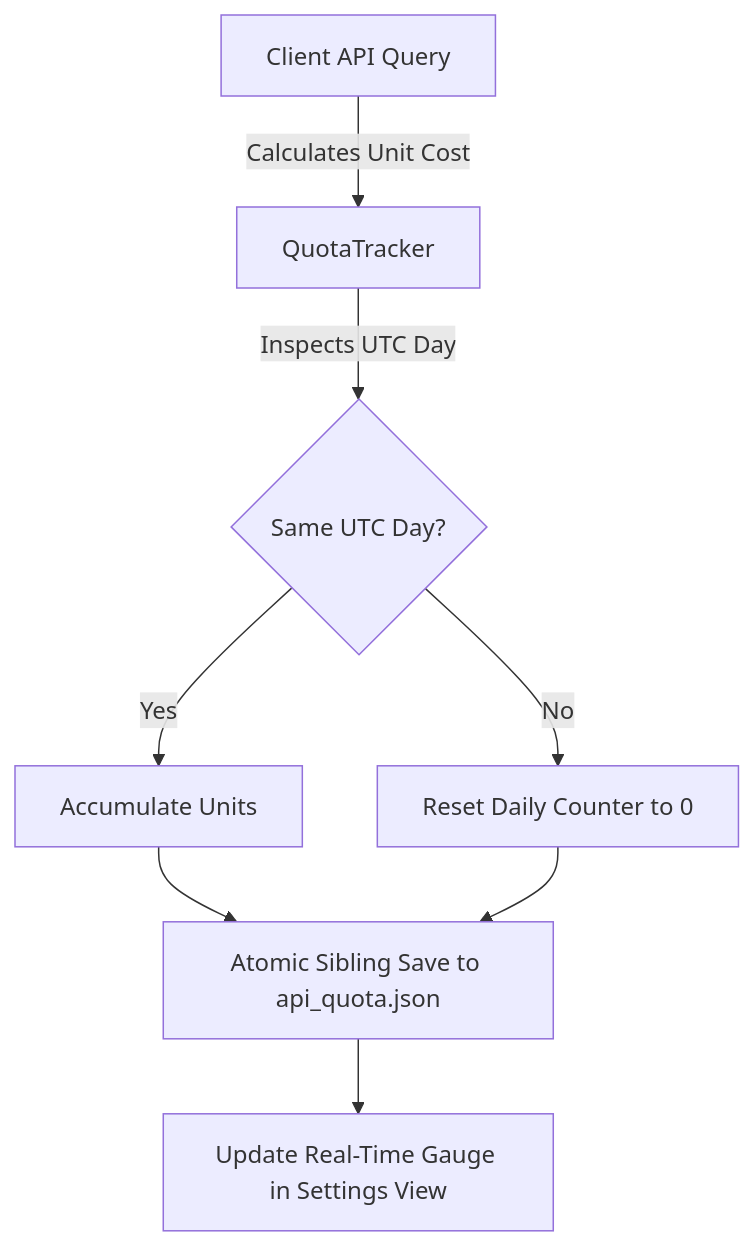
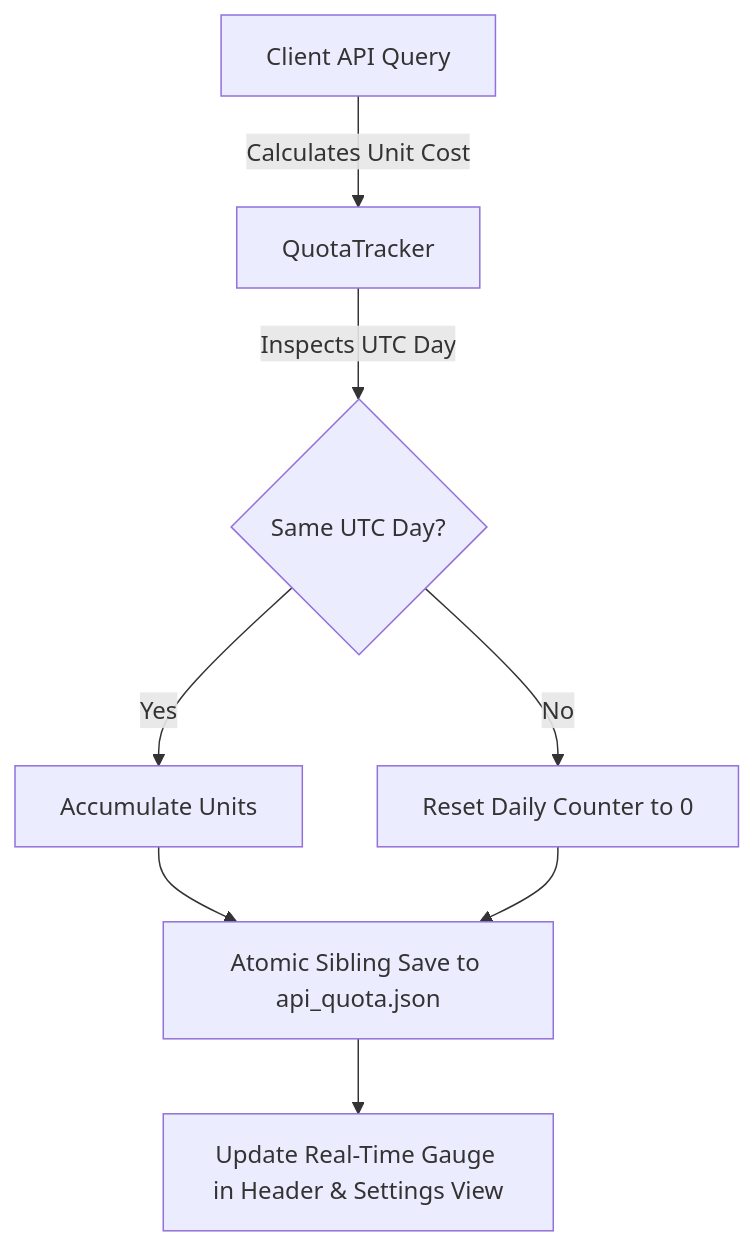
Before and after one commit to clockworkengineer/youtube-client: the diagram in docs/caching_and_quota.md, drawn with Mermaid. The commit also changed other lines of this file and 42 other files, not shown here.

````diff
--- a/docs/caching_and_quota.md
+++ b/docs/caching_and_quota.md
@@ -32,10 +37,10 @@
 ```mermaid
 graph TD
     API[Client API Query] -->|Calculates Unit Cost| TRACK[QuotaTracker]
     TRACK -->|Inspects UTC Day| DAY{Same UTC Day?}
     DAY -->|Yes| ACC[Accumulate Units]
     DAY -->|No| RESET[Reset Daily Counter to 0]
     ACC --> PERSIST[Atomic Sibling Save to api_quota.json]
     RESET --> PERSIST
-    PERSIST --> UI[Update Real-Time Gauge in Settings View]
+    PERSIST --> UI[Update Real-Time Gauge in Header & Settings View]
 ```
````
